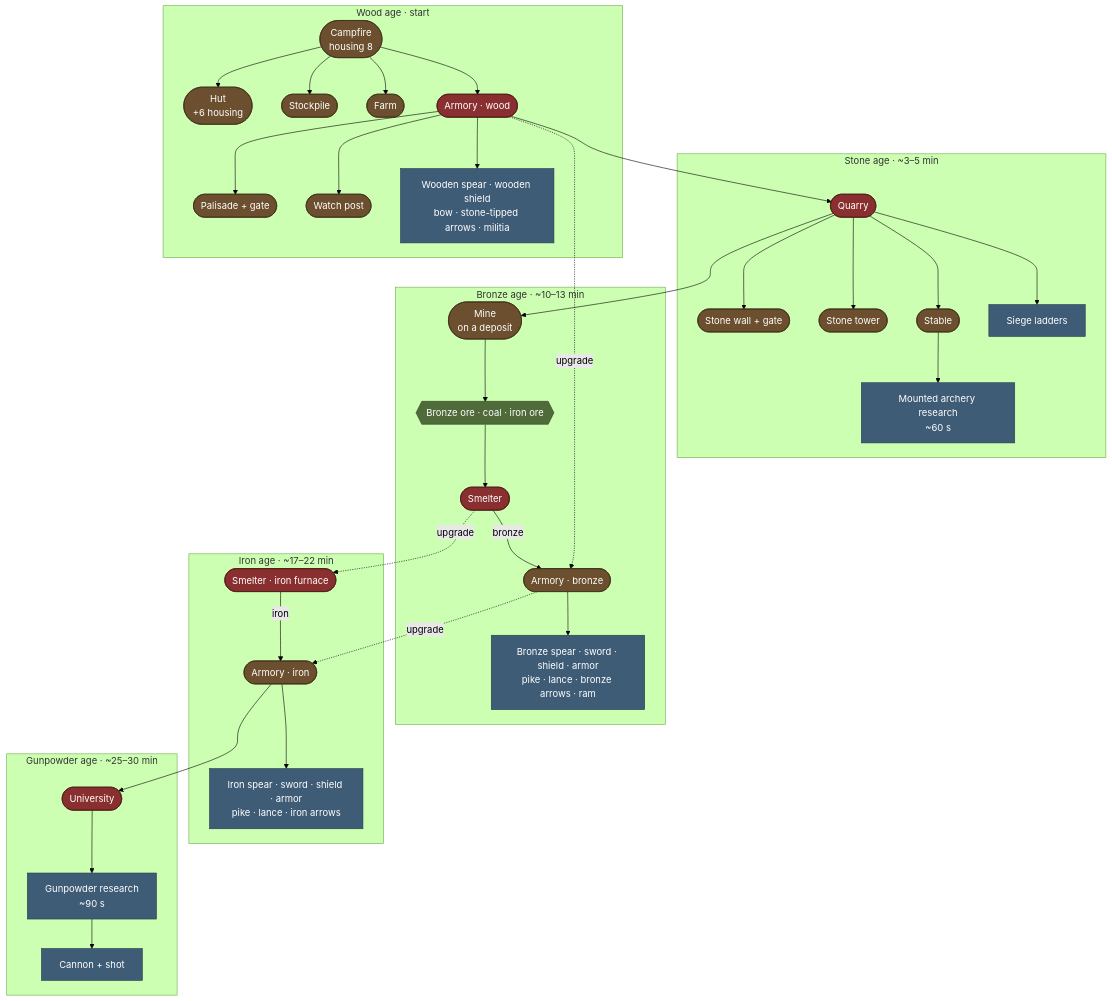
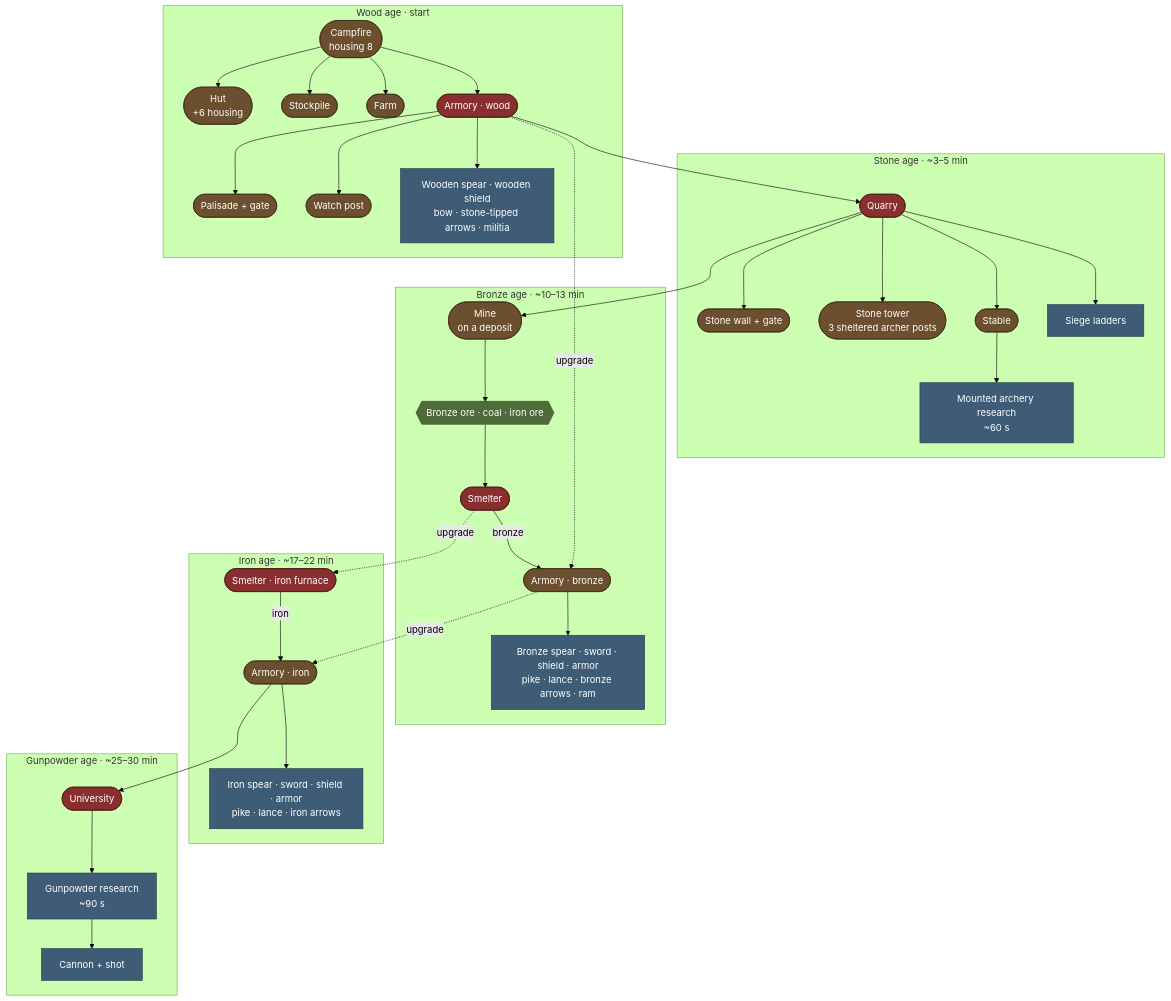
The first of 4 diagrams in TECH_TREE.md (BenNorbom/MarchHold), drawn with Mermaid (forest theme) before and after one commit. The commit also changed 34 other files, not shown here.

````diff
--- a/TECH_TREE.md
+++ b/TECH_TREE.md
@@ -11,60 +11,60 @@
 ```mermaid
 flowchart TB
   classDef bld fill:#6b4f2e,stroke:#3d2c18,color:#fff
   classDef item fill:#3e5c76,stroke:#22384a,color:#fff
   classDef res fill:#4f6b3a,stroke:#2e4222,color:#fff
   classDef key fill:#8a2f2f,stroke:#4a1616,color:#fff
 
   subgraph WOOD["Wood age · start"]
     fire(["Campfire<br/>housing 8"]):::bld
     hut(["Hut<br/>+6 housing"]):::bld
     stock(["Stockpile"]):::bld
     farm(["Farm"]):::bld
     armory1(["Armory · wood"]):::key
     palisade(["Palisade + gate"]):::bld
     post(["Watch post"]):::bld
     w_items["Wooden spear · wooden shield<br/>bow · stone-tipped arrows · militia"]:::item
   end
 
   subgraph STONE["Stone age · ~3–5 min"]
     quarry(["Quarry"]):::key
     swall(["Stone wall + gate"]):::bld
-    tower(["Stone tower"]):::bld
+    tower(["Stone tower<br/>3 sheltered archer posts"]):::bld
     stable(["Stable"]):::bld
     ladders["Siege ladders"]:::item
     mounted["Mounted archery research<br/>~60 s"]:::item
   end
 
   subgraph BRONZE["Bronze age · ~10–13 min"]
     mine(["Mine<br/>on a deposit"]):::bld
     ores{{"Bronze ore · coal · iron ore"}}:::res
     smelter1(["Smelter"]):::key
     armory2(["Armory · bronze"]):::bld
     b_items["Bronze spear · sword · shield · armor<br/>pike · lance · bronze arrows · ram"]:::item
   end
 
   subgraph IRON["Iron age · ~17–22 min"]
     smelter2(["Smelter · iron furnace"]):::key
     armory3(["Armory · iron"]):::bld
     i_items["Iron spear · sword · shield · armor<br/>pike · lance · iron arrows"]:::item
   end
 
   subgraph GUN["Gunpowder age · ~25–30 min"]
     univ(["University"]):::key
     research["Gunpowder research<br/>~90 s"]:::item
     cannon["Cannon + shot"]:::item
   end
 
   fire --> hut & stock & farm & armory1
   armory1 --> palisade & post & w_items
   armory1 --> quarry
   quarry --> swall & tower & stable & ladders
   stable --> mounted
   quarry --> mine --> ores --> smelter1
   smelter1 -->|"bronze"| armory2 --> b_items
   armory1 -.->|upgrade| armory2
   smelter1 -.->|upgrade| smelter2
   smelter2 -->|"iron"| armory3 --> i_items
   armory2 -.->|upgrade| armory3
   armory3 --> univ --> research --> cannon
 ```
````
